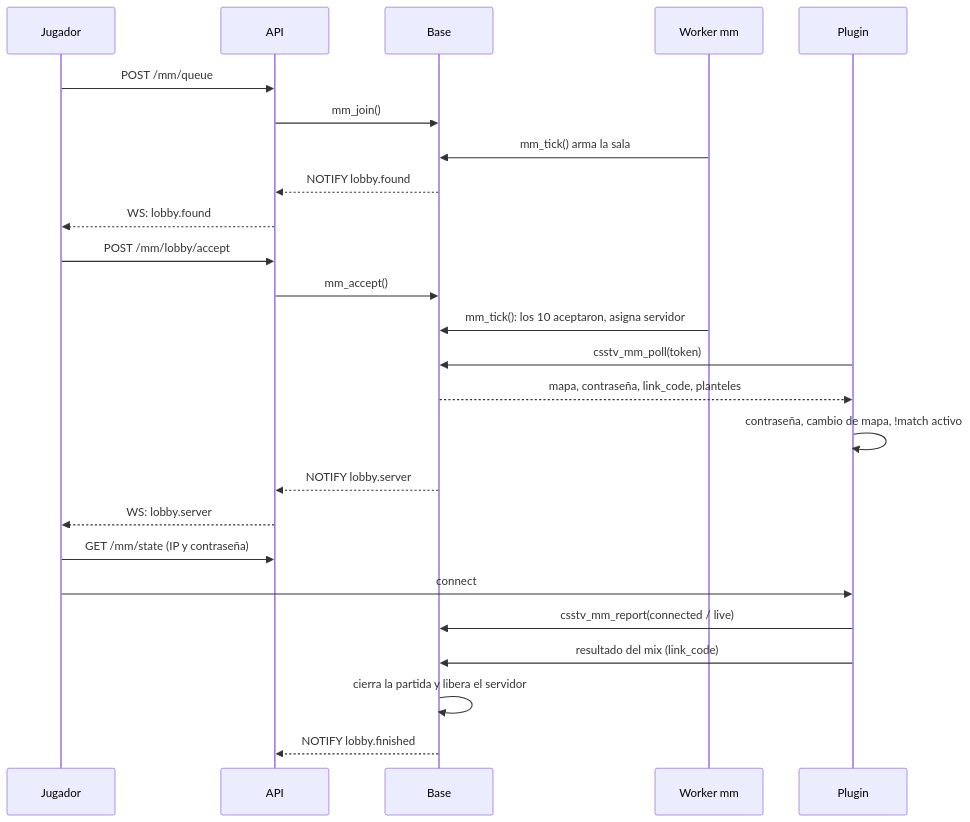
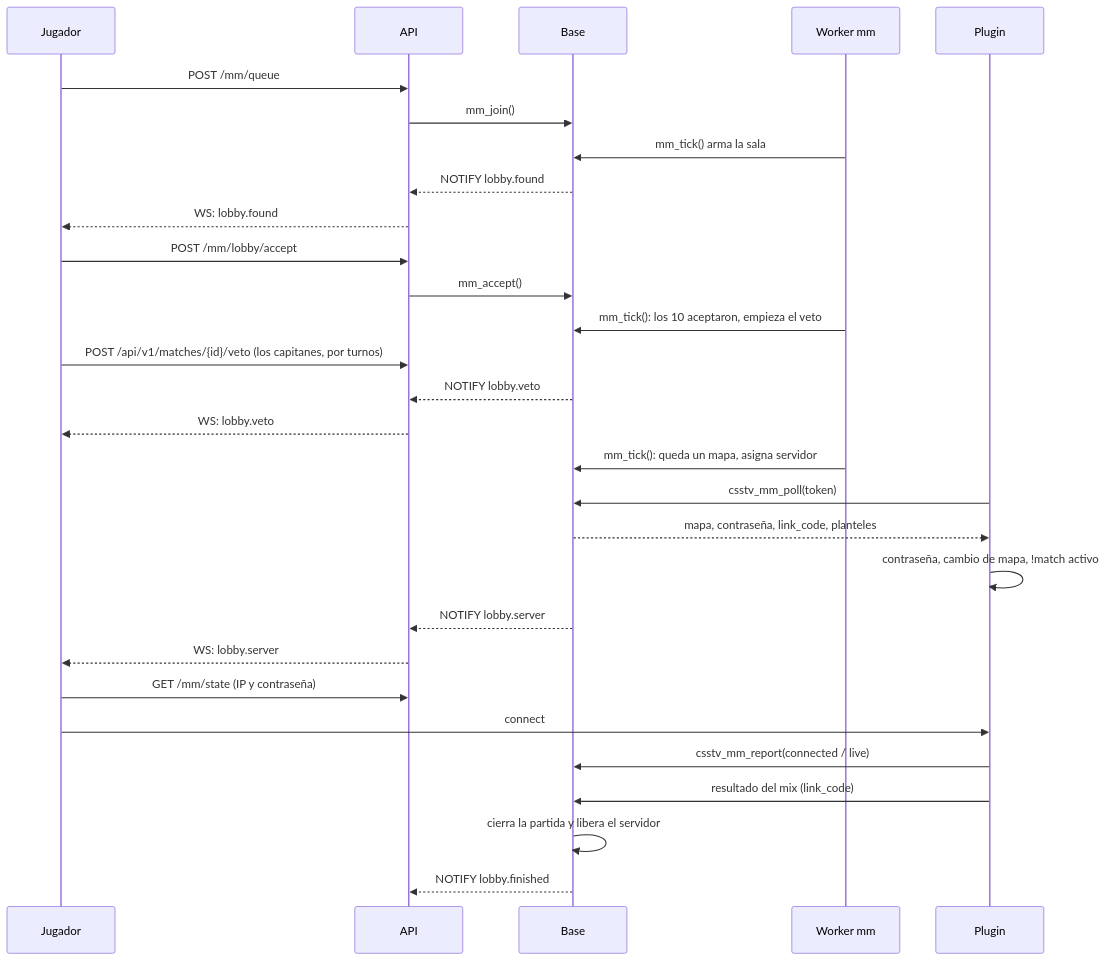
Before and after one commit to mchssj/v34frag: the second of 5 diagrams in docs/bitacora/2026-10-28-matchmaking/PLAN.md, drawn with Mermaid. The commit also changed other lines of this file and 29 other files, not shown here.

````diff
--- a/docs/bitacora/2026-10-28-matchmaking/PLAN.md
+++ b/docs/bitacora/2026-10-28-matchmaking/PLAN.md
@@ -76,27 +129,31 @@
 ```mermaid
 sequenceDiagram
   participant J as Jugador
   participant A as API
   participant B as Base
   participant M as Worker mm
   participant P as Plugin
   J->>A: POST /mm/queue
   A->>B: mm_join()
   M->>B: mm_tick() arma la sala
   B-->>A: NOTIFY lobby.found
   A-->>J: WS: lobby.found
   J->>A: POST /mm/lobby/accept
   A->>B: mm_accept()
-  M->>B: mm_tick(): los 10 aceptaron, asigna servidor
+  M->>B: mm_tick(): los 10 aceptaron, empieza el veto
+  J->>A: POST /api/v1/matches/{id}/veto (los capitanes, por turnos)
+  B-->>A: NOTIFY lobby.veto
+  A-->>J: WS: lobby.veto
+  M->>B: mm_tick(): queda un mapa, asigna servidor
   P->>B: csstv_mm_poll(token)
   B-->>P: mapa, contraseña, link_code, planteles
   P->>P: contraseña, cambio de mapa, !match activo
   B-->>A: NOTIFY lobby.server
   A-->>J: WS: lobby.server
   J->>A: GET /mm/state (IP y contraseña)
   J->>P: connect
   P->>B: csstv_mm_report(connected / live)
   P->>B: resultado del mix (link_code)
   B->>B: cierra la partida y libera el servidor
   B-->>A: NOTIFY lobby.finished
 ```
````
